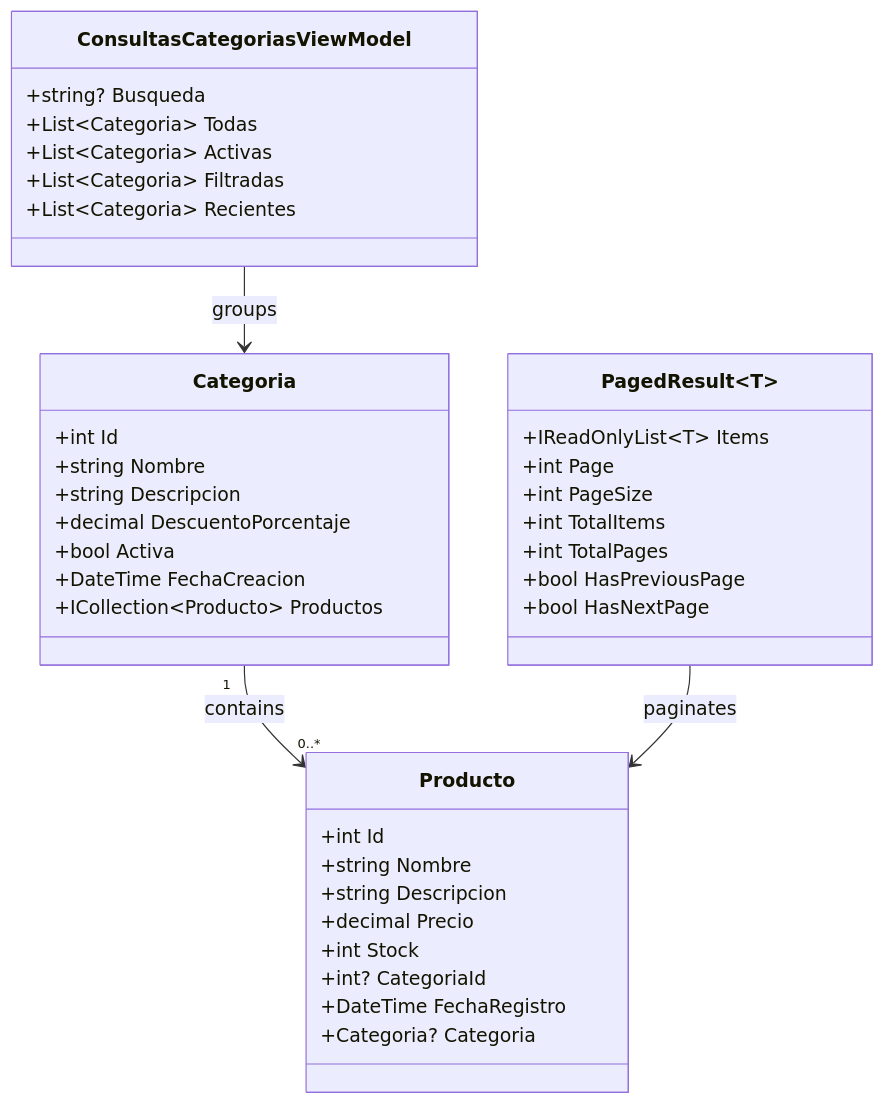
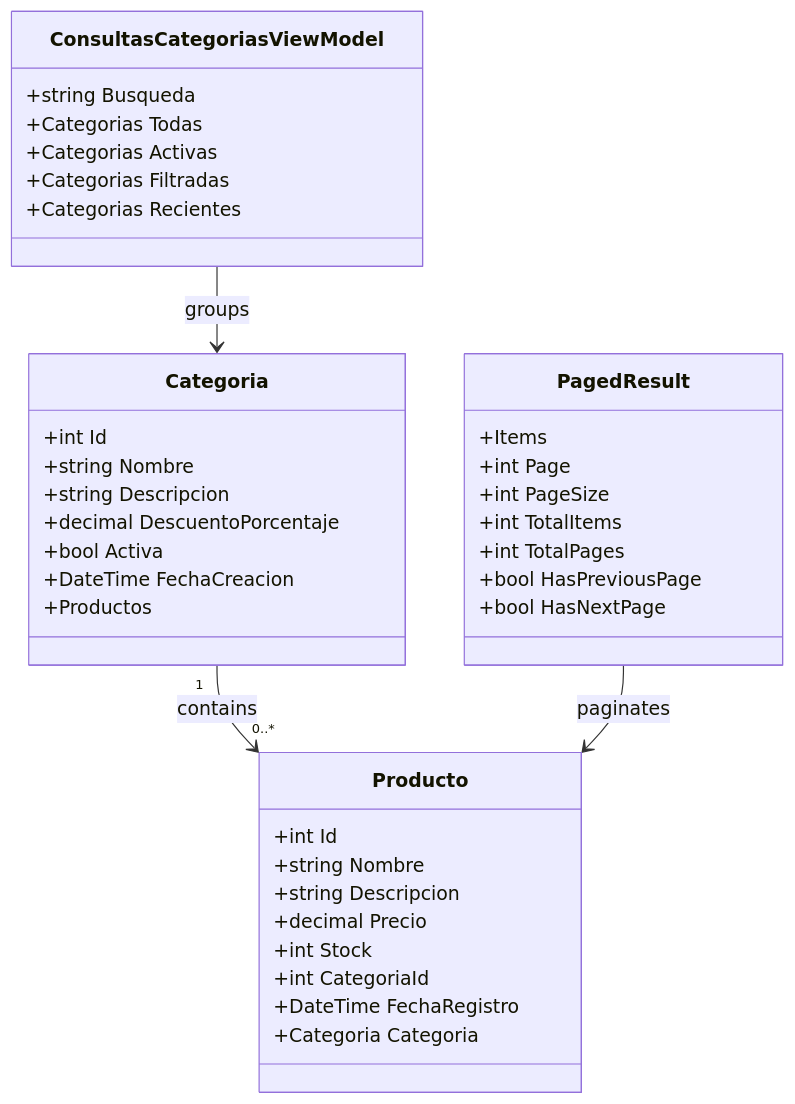
One commit to jeffersonmejia/app-products changed the first of 4 diagrams in docs/ARCHITECTURE.md. Above: the diagram before and after it, drawn with Mermaid. The commit also changed other lines of this file, not shown here.

Commit message:
docs: update arquitecture

````diff
--- a/docs/ARCHITECTURE.md
+++ b/docs/ARCHITECTURE.md
@@ -73,45 +73,45 @@
 ```mermaid
 classDiagram
     class Producto {
         +int Id
         +string Nombre
         +string Descripcion
         +decimal Precio
         +int Stock
-        +int? CategoriaId
+        +int CategoriaId
         +DateTime FechaRegistro
-        +Categoria? Categoria
+        +Categoria Categoria
     }
 
     class Categoria {
         +int Id
         +string Nombre
         +string Descripcion
         +decimal DescuentoPorcentaje
         +bool Activa
         +DateTime FechaCreacion
-        +ICollection~Producto~ Productos
+        +Productos
     }
 
-    class PagedResult~T~ {
-        +IReadOnlyList~T~ Items
+    class PagedResult {
+        +Items
         +int Page
         +int PageSize
         +int TotalItems
         +int TotalPages
         +bool HasPreviousPage
         +bool HasNextPage
     }
 
     class ConsultasCategoriasViewModel {
-        +string? Busqueda
-        +List~Categoria~ Todas
-        +List~Categoria~ Activas
-        +List~Categoria~ Filtradas
-        +List~Categoria~ Recientes
+        +string Busqueda
+        +Categorias Todas
+        +Categorias Activas
+        +Categorias Filtradas
+        +Categorias Recientes
     }
 
     Categoria "1" --> "0..*" Producto : contains
-    PagedResult~Producto~ --> Producto : paginates
+    PagedResult --> Producto : paginates
     ConsultasCategoriasViewModel --> Categoria : groups
 ```
````
